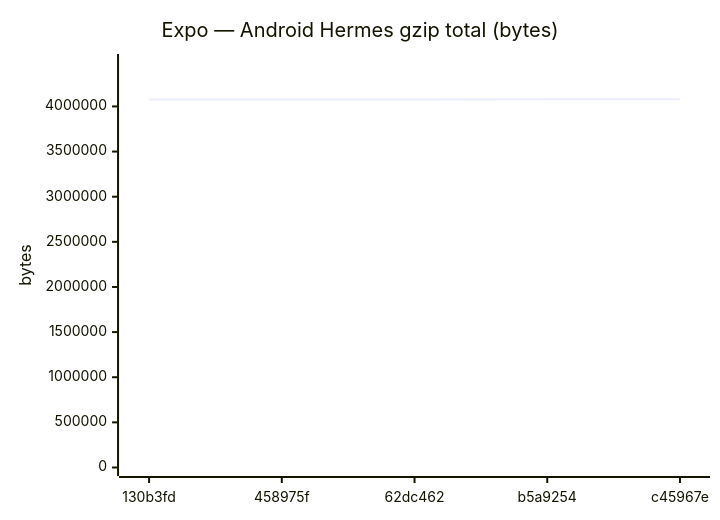
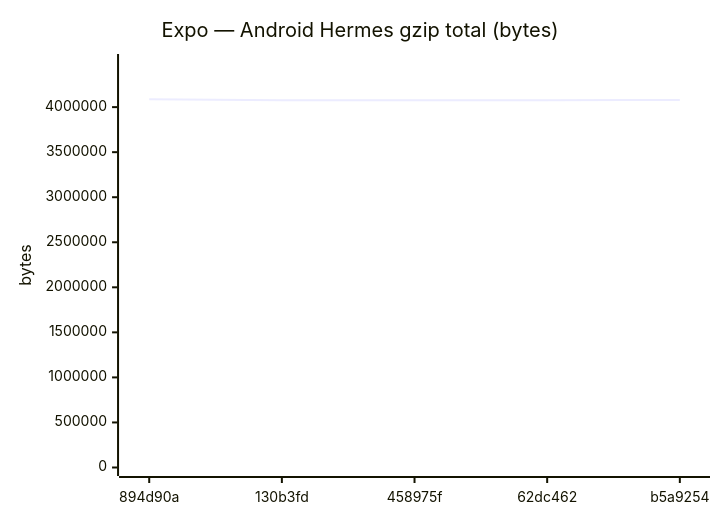
One commit to Metaheurist/Rianell changed diagram 11 of 18 in benchmarks/compare.md. Above: the diagram before and after it, drawn with Mermaid. The commit also changed other lines of this file and 11 other files, not shown here.

````diff
--- a/benchmarks/compare.md
+++ b/benchmarks/compare.md
@@ -172,7 +172,7 @@
 ```mermaid
 xychart-beta
     title "Expo — Android Hermes gzip total (bytes)"
-    x-axis ["130b3fd", "458975f", "62dc462", "b5a9254", "c45967e"]
-    y-axis "bytes" 0 --> 4486786
-    line [4077332, 4077341, 4077340, 4078885, 4078896]
+    x-axis ["894d90a", "130b3fd", "458975f", "62dc462", "b5a9254"]
+    y-axis "bytes" 0 --> 4495308
+    line [4086643, 4077332, 4077341, 4077340, 4078885]
 ```
````
